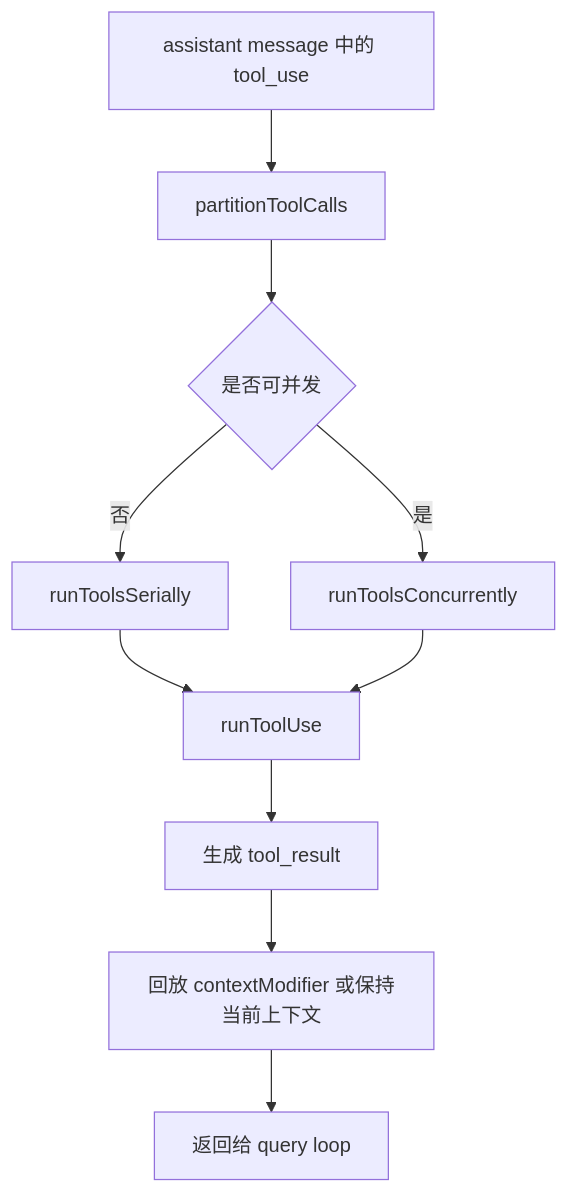
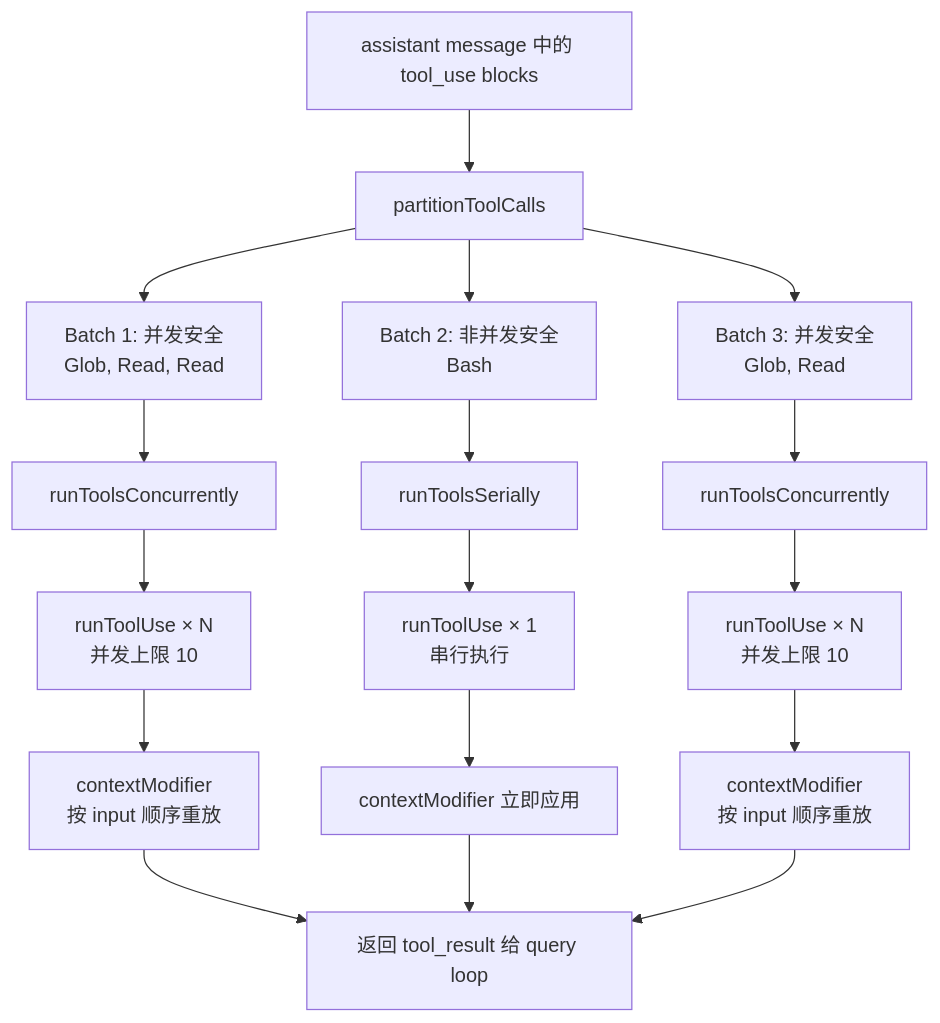
One commit to friendlyhank/claude-code-annotated changed the first of 3 diagrams in notes/reviews/04-tool-execution-layer.md. Above: the diagram before and after it, drawn with Mermaid. The commit also changed other lines of this file and 2 other files, not shown here.

First line of the commit message:
docs: 补充 lazySchema、Read 工具实现、编排并行/串行流程图

````diff
--- a/notes/reviews/04-tool-execution-layer.md
+++ b/notes/reviews/04-tool-execution-layer.md
@@ -82,12 +118,17 @@
 ```mermaid
 flowchart TD
-    A[assistant message 中的 tool_use] --> B[partitionToolCalls]
-    B --> C{是否可并发}
-    C -->|否| D[runToolsSerially]
-    C -->|是| E[runToolsConcurrently]
-    D --> F[runToolUse]
-    E --> F
-    F --> G[生成 tool_result]
-    G --> H[回放 contextModifier 或保持当前上下文]
-    H --> I[返回给 query loop]
+    A["assistant message 中的 tool_use blocks"] --> B[partitionToolCalls]
+    B --> C1["Batch 1: 并发安全<br/>Glob, Read, Read"]
+    B --> C2["Batch 2: 非并发安全<br/>Bash"]
+    B --> C3["Batch 3: 并发安全<br/>Glob, Read"]
+    C1 --> D1[runToolsConcurrently]
+    C2 --> D2[runToolsSerially]
+    C3 --> D3[runToolsConcurrently]
+    D1 --> E["runToolUse × N<br/>并发上限 10"]
+    D2 --> F["runToolUse × 1<br/>串行执行"]
+    D3 --> G["runToolUse × N<br/>并发上限 10"]
+    E --> H["contextModifier<br/>按 input 顺序重放"]
+    F --> I[contextModifier 立即应用]
+    G --> J["contextModifier<br/>按 input 顺序重放"]
+    H & I & J --> K["返回 tool_result 给 query loop"]
 ```
````
